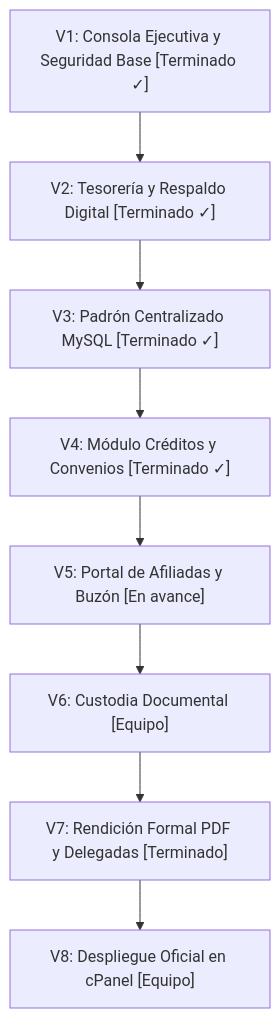
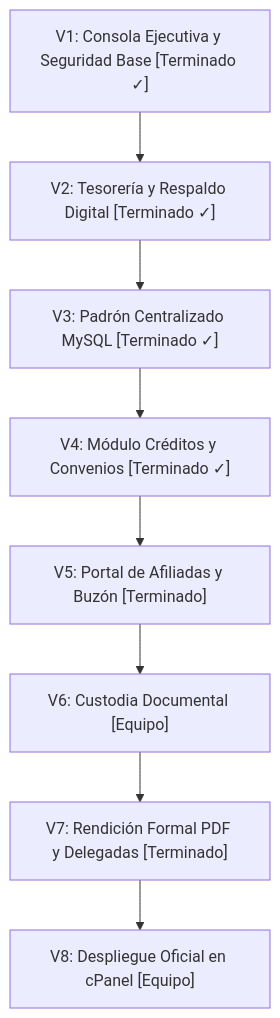
The diagram in docs/PLAN_IMPLEMENTACION.md (swix14/dashboard), drawn with Mermaid before and after one commit. The commit also changed other lines of this file and 1 other file, not shown here.

Commit message:
docs: V5 terminada con la revisión final del portal en el plan y README

````diff
--- a/docs/PLAN_IMPLEMENTACION.md
+++ b/docs/PLAN_IMPLEMENTACION.md
@@ -85,10 +85,10 @@
 ```mermaid
 flowchart TD
     V1["V1: Consola Ejecutiva y Seguridad Base [Terminado ✓]"] --> V2["V2: Tesorería y Respaldo Digital [Terminado ✓]"]
     V2 --> V3["V3: Padrón Centralizado MySQL [Terminado ✓]"]
     V3 --> V4["V4: Módulo Créditos y Convenios [Terminado ✓]"]
-    V4 --> V5["V5: Portal de Afiliadas y Buzón [En avance]"]
+    V4 --> V5["V5: Portal de Afiliadas y Buzón [Terminado]"]
     V5 --> V6["V6: Custodia Documental [Equipo]"]
     V6 --> V7["V7: Rendición Formal PDF y Delegadas [Terminado]"]
     V7 --> V8["V8: Despliegue Oficial en cPanel [Equipo]"]
 ```
````
